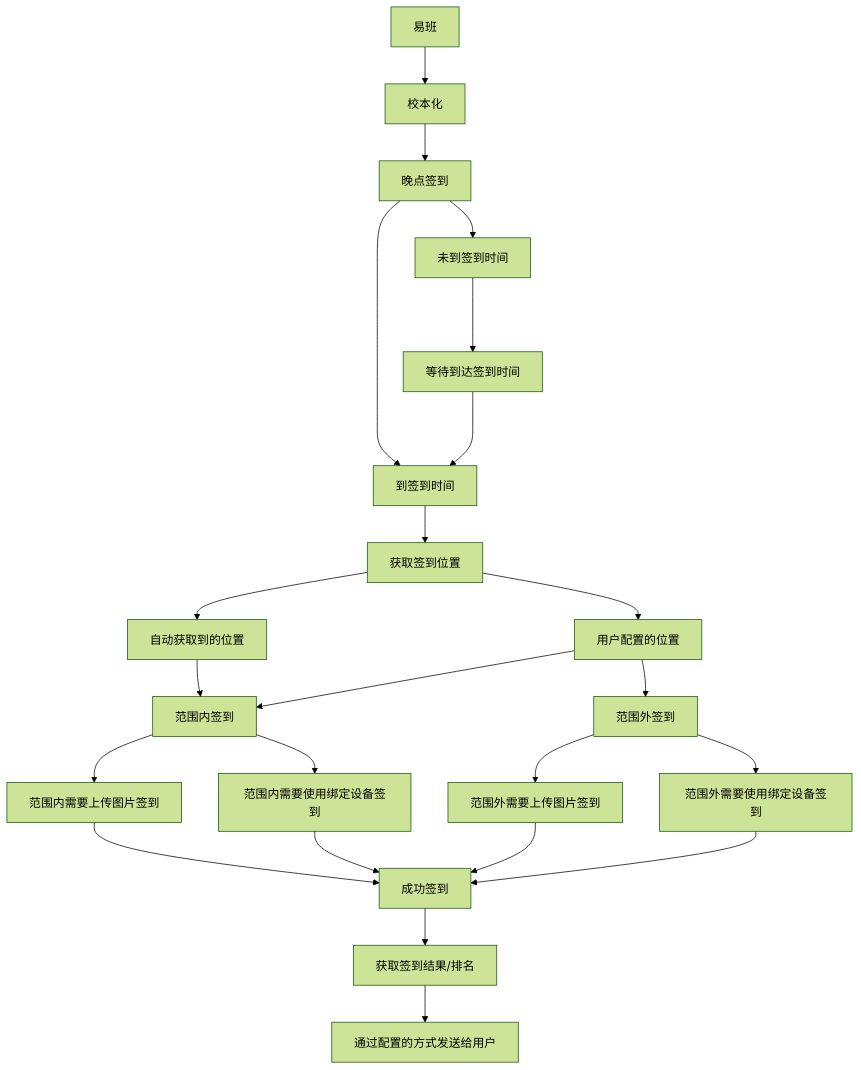
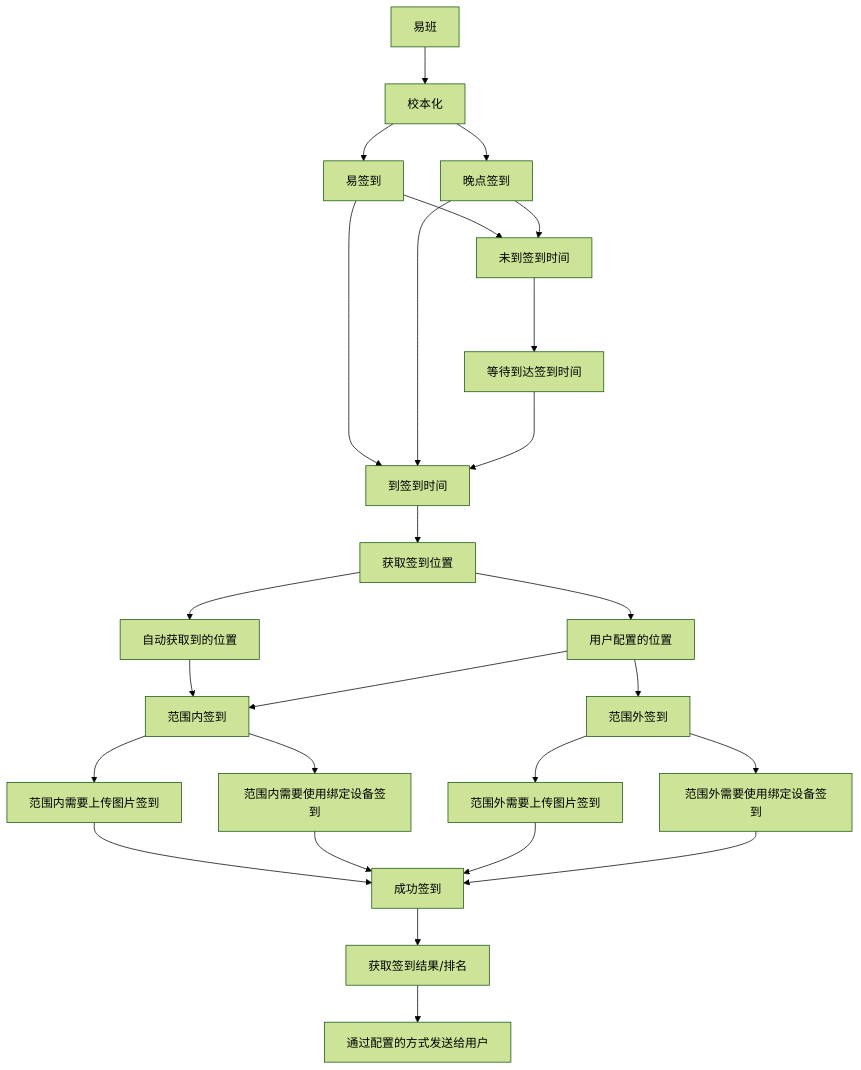
Before and after one commit to 2117516450/yiban_signin: the diagram in README.md, drawn with Mermaid (forest theme).

````diff
--- a/README.md
+++ b/README.md
@@ -65,25 +65,28 @@
 ```mermaid
 graph TD;
     易班-->校本化;
     校本化-->晚点签到;
+    校本化-->易签到;
+    易签到-->到签到时间;
+    易签到-->未到签到时间;
     晚点签到-->到签到时间;
     晚点签到-->未到签到时间;
     到签到时间-->获取签到位置;
     未到签到时间--->等待到达签到时间;
     等待到达签到时间--->到签到时间;
     获取签到位置-->自动获取到的位置;
     获取签到位置-->用户配置的位置;
     自动获取到的位置-->范围内签到;
     用户配置的位置-->范围内签到;
     用户配置的位置-->范围外签到;
     范围内签到-->范围内需要上传图片签到;
     范围内签到-->范围内需要使用绑定设备签到;    
     范围外签到-->范围外需要上传图片签到;
     范围外签到-->范围外需要使用绑定设备签到;
     范围内需要上传图片签到-->成功签到;
     范围内需要使用绑定设备签到-->成功签到;
     范围外需要上传图片签到-->成功签到;
     范围外需要使用绑定设备签到-->成功签到;
     成功签到-->获取签到结果/排名;
     获取签到结果/排名-->通过配置的方式发送给用户;
 ```
````
